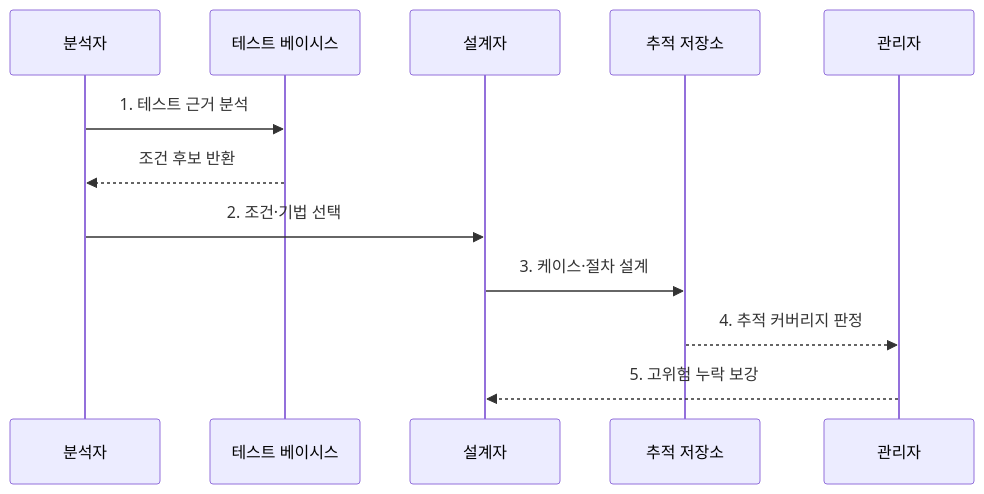
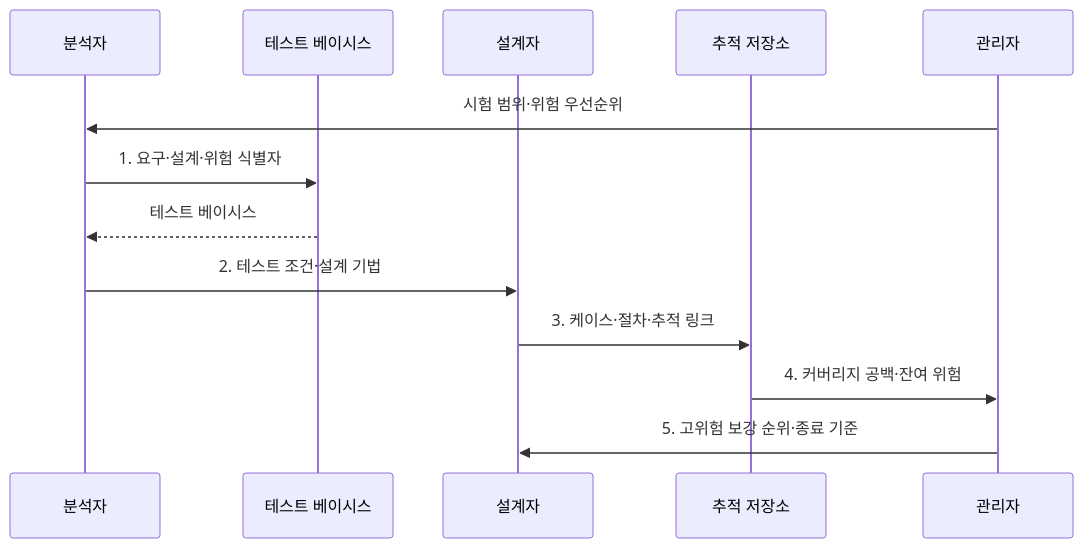
One commit to agnusdei1207/knowledge-base changed the second of 2 diagrams in src/content/docs/notes/03-software/079_iso_29119_test_design.md. Above: the diagram before and after it, drawn with Mermaid. The commit also changed other lines of this file and 20 other files, not shown here.

````diff
--- a/src/content/docs/notes/03-software/079_iso_29119_test_design.md
+++ b/src/content/docs/notes/03-software/079_iso_29119_test_design.md
@@ -86,14 +90,15 @@
 ```mermaid
 sequenceDiagram
     participant A as 분석자
     participant B as 테스트 베이시스
     participant D as 설계자
     participant T as 추적 저장소
     participant M as 관리자
-    A->>B: 1. 테스트 근거 분석
-    B-->>A: 조건 후보 반환
-    A->>D: 2. 조건·기법 선택
-    D->>T: 3. 케이스·절차 설계
-    T-->>M: 4. 추적 커버리지 판정
-    M-->>D: 5. 고위험 누락 보강
+    M->>A: 시험 범위·위험 우선순위
+    A->>B: 1. 요구·설계·위험 식별자
+    B-->>A: 테스트 베이시스
+    A->>D: 2. 테스트 조건·설계 기법
+    D->>T: 3. 케이스·절차·추적 링크
+    T->>M: 4. 커버리지 공백·잔여 위험
+    M->>D: 5. 고위험 보강 순위·종료 기준
 ```
````
